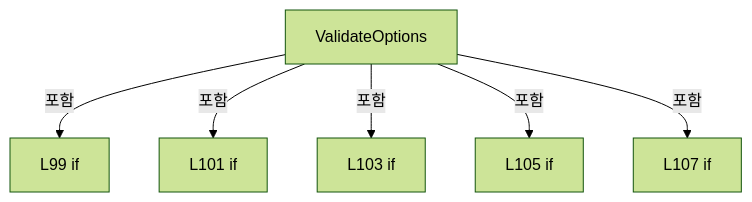
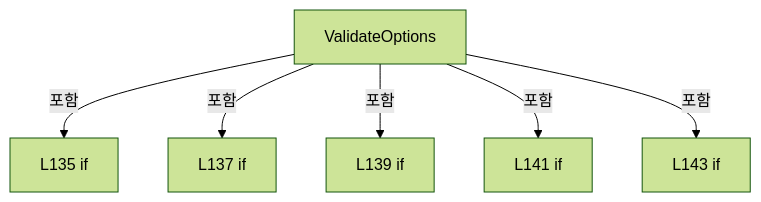
The ninth of 16 diagrams in A3 LD Code Ref/files/Drilling.Common/Correction/CDefaultOffsetCalibration.cs.md (kjuws10-rgb/Shared), drawn with Mermaid (forest theme) before and after one commit. The commit also changed other lines of this file and 1984 other files, not shown here.

Commit message:
docs(a3): update 11.17.0 architecture and complete code reference

````diff
--- a/A3 LD Code Ref/files/Drilling.Common/Correction/CDefaultOffsetCalibration.cs.md
+++ b/A3 LD Code Ref/files/Drilling.Common/Correction/CDefaultOffsetCalibration.cs.md
@@ -727,14 +950,14 @@
 ```mermaid
 flowchart TD
  M["ValidateOptions"]
- N0["L99 if"]
+ N0["L135 if"]
  M -->|포함| N0
- N1["L101 if"]
+ N1["L137 if"]
  M -->|포함| N1
- N2["L103 if"]
+ N2["L139 if"]
  M -->|포함| N2
- N3["L105 if"]
+ N3["L141 if"]
  M -->|포함| N3
- N4["L107 if"]
+ N4["L143 if"]
  M -->|포함| N4
 ```
````
